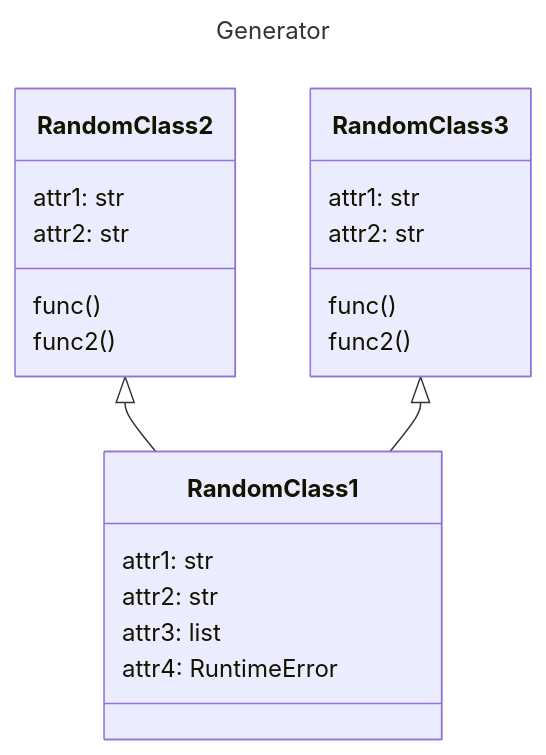
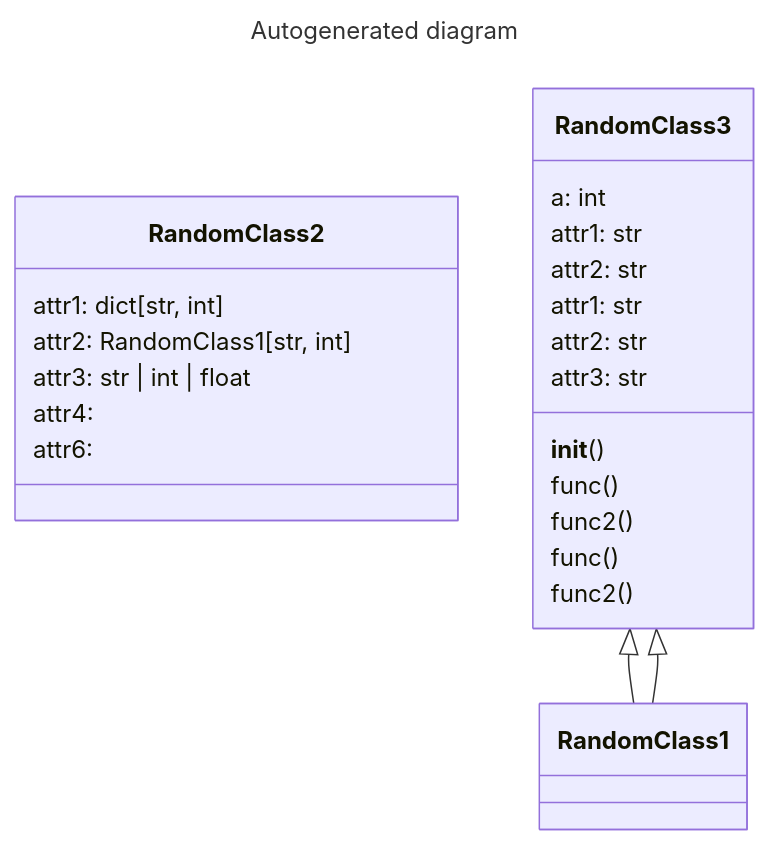
Before and after one commit to oanoshyn/diagrammachine: the diagram in out.mmd, drawn with Mermaid. The commit also changed other lines of this file and 4 other files, not shown here.

```diff
--- a/out.mmd
+++ b/out.mmd
@@ -1,36 +1,38 @@
 ---
-title: Generator
+title: Autogenerated diagram
 ---
 classDiagram
 
-RandomClass2 <|-- RandomClass1
 
 class RandomClass2 {
+attr1: dict[str, int]
+attr2: RandomClass1[str, int]
+attr3: str | int | float
+attr4:
+attr6:
+
+
+}
+
+RandomClass3 <|-- RandomClass1
+
+class RandomClass3 {
+a: int
 attr1: str
 attr2: str
 
+__init__()
 func()
 func2()
-
 }
 
 RandomClass3 <|-- RandomClass1
 
 class RandomClass3 {
 attr1: str
 attr2: str
+attr3: str
 
 func()
 func2()
-
 }
-
-
-class RandomClass1 {
-attr1: str
-attr2: str
-attr3: list
-attr4: RuntimeError
-
-
-}
```
